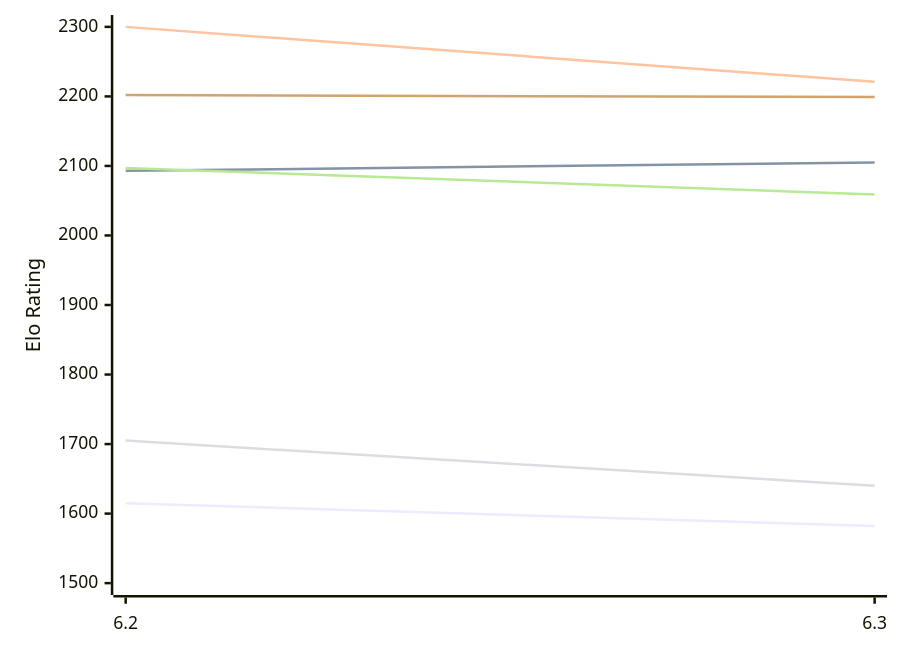
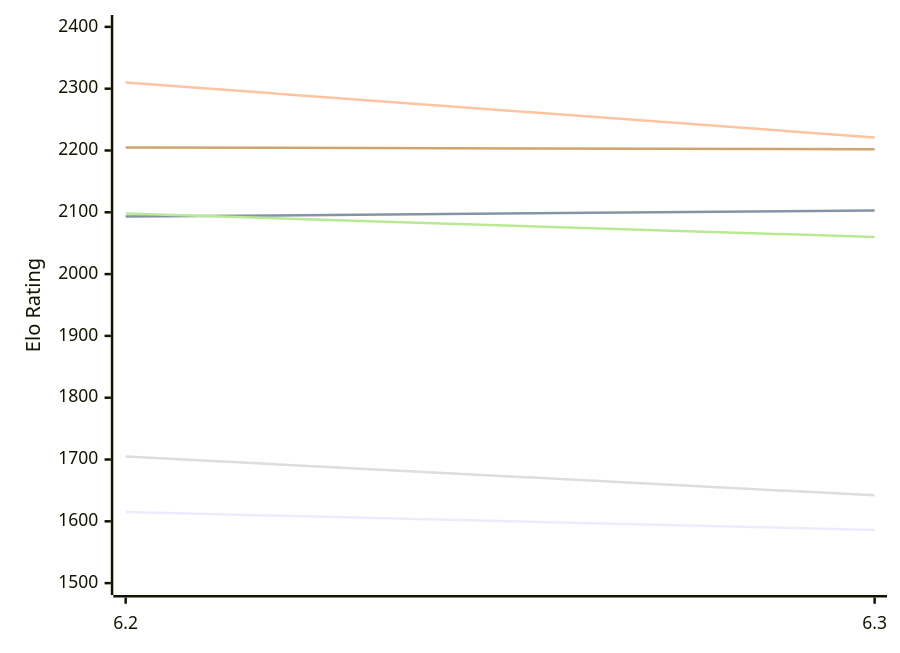
One commit to computer-chess-index/cci changed the first of 2 diagrams in engines/chess4j.md. Above: the diagram before and after it, drawn with Mermaid. The commit also changed other lines of this file, not shown here.

Commit message:
Update CCI Ratings (ELO VLTC) - 2026-11-28

````diff
--- a/engines/chess4j.md
+++ b/engines/chess4j.md
@@ -50,12 +50,12 @@
 ```mermaid
 %%{init: {"theme":"base","themeVariables":{"seriesColors:['#a3a3a3','#222221','#faa371']}}}%%
 xychart-beta
   x-axis ["6.2", "6.3"]
-  y-axis "Elo Rating" 1500 --> 2300
-  line "E1: STC (8.0+0.08s)" [1615, 1582]
-  line "E1: LTC (60.0+0.60s)" [2093, 2105]
-  line "E1: VLTC (2m24s+1.12s)" [2300, 2221]
-  line "P1: STC (8.0+0.08s)" [1705, 1640]
-  line "P1: LTC (60.0+0.60s)" [2097, 2059]
-  line "P1: VLTC (2m24s+1.12s)" [2202, 2199]
+  y-axis "Elo Rating" 1500 --> 2400
+  line "E1: STC (8.0+0.08s)" [1615, 1586]
+  line "E1: LTC (60.0+0.60s)" [2093, 2103]
+  line "E1: VLTC (2m24s+1.12s)" [2310, 2221]
+  line "P1: STC (8.0+0.08s)" [1705, 1642]
+  line "P1: LTC (60.0+0.60s)" [2098, 2060]
+  line "P1: VLTC (2m24s+1.12s)" [2205, 2202]
 ```
````
